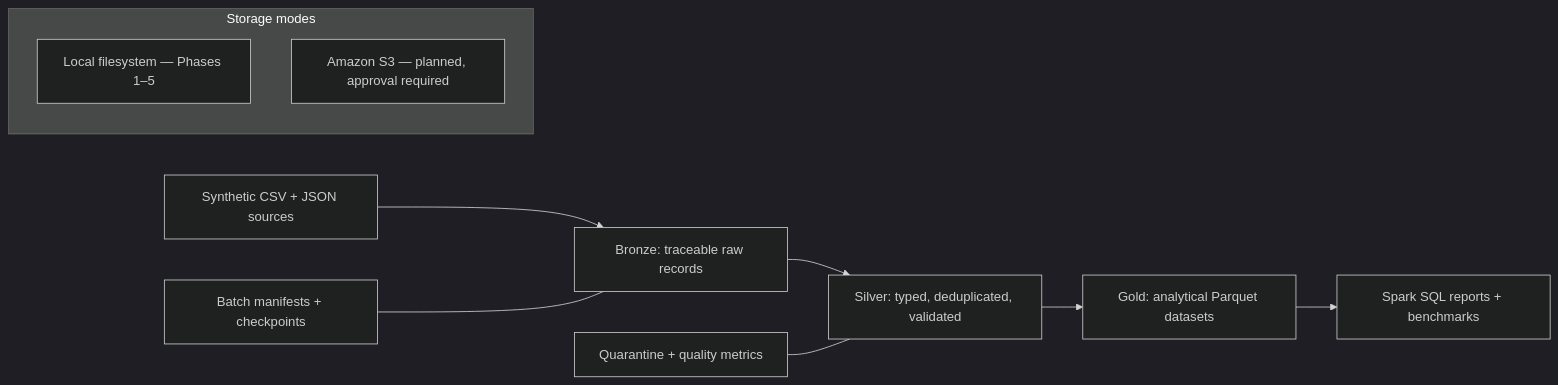
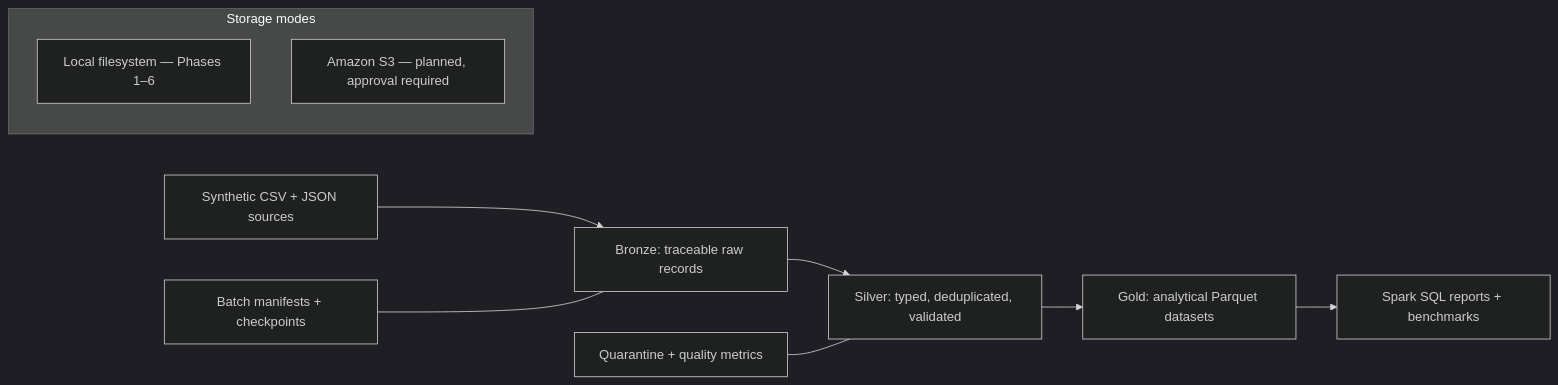
Before and after one commit to ZohairShakir/Distributed-E-Commerce-Analytics-Data-Lake: the diagram in README.md, drawn with Mermaid (dark theme). The commit also changed other lines of this file and 8 other files, not shown here.

````diff
--- a/README.md
+++ b/README.md
@@ -13,14 +13,14 @@
 ```mermaid
 flowchart LR
     A["Synthetic CSV + JSON sources"] --> B["Bronze: traceable raw records"]
     B --> C["Silver: typed, deduplicated, validated"]
     C --> D["Gold: analytical Parquet datasets"]
     D --> E["Spark SQL reports + benchmarks"]
     Q["Quarantine + quality metrics"] --- C
     M["Batch manifests + checkpoints"] --- B
 
     subgraph Storage modes
-      L["Local filesystem — Phases 1–5"]
+      L["Local filesystem — Phases 1–6"]
       S["Amazon S3 — planned, approval required"]
     end
 ```
````
